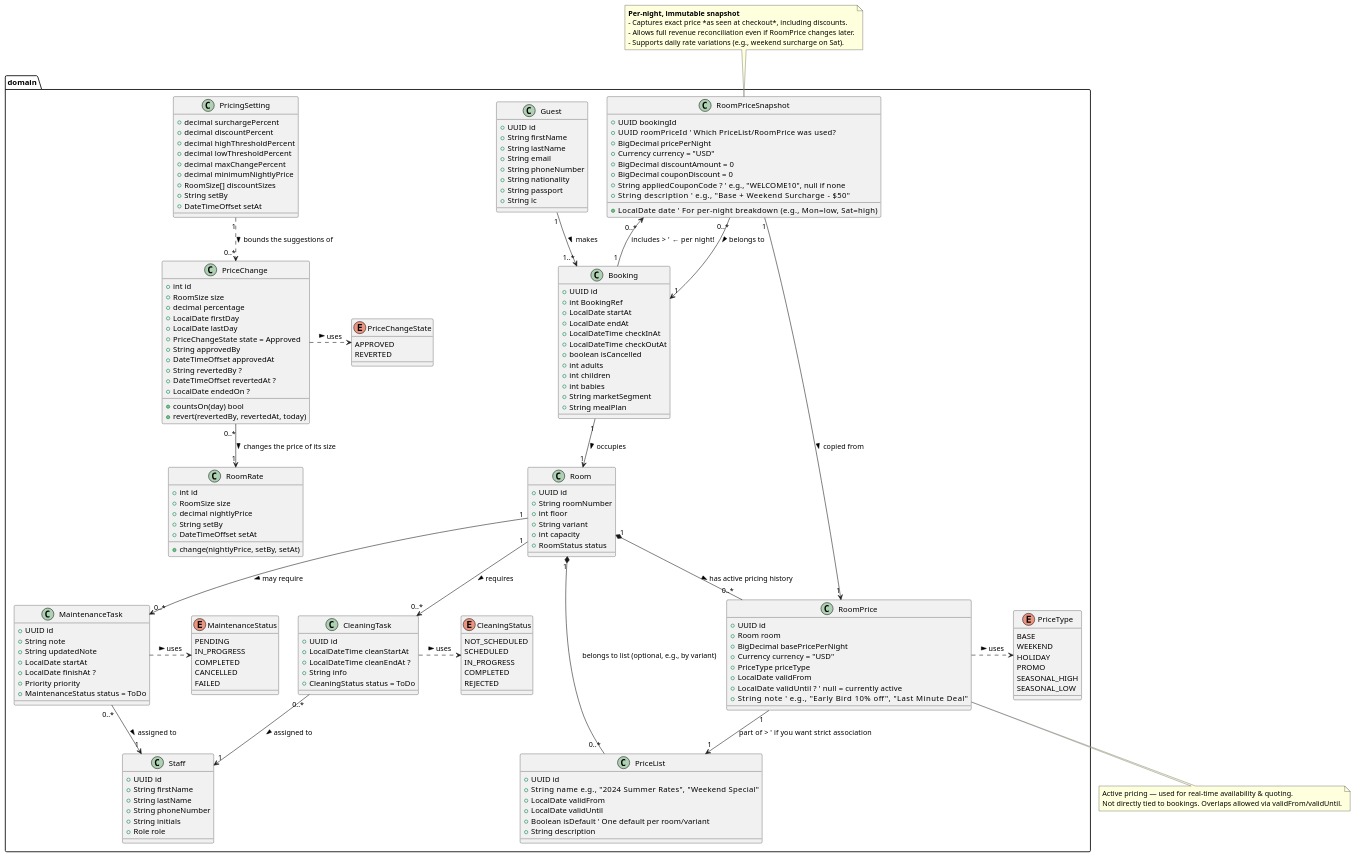
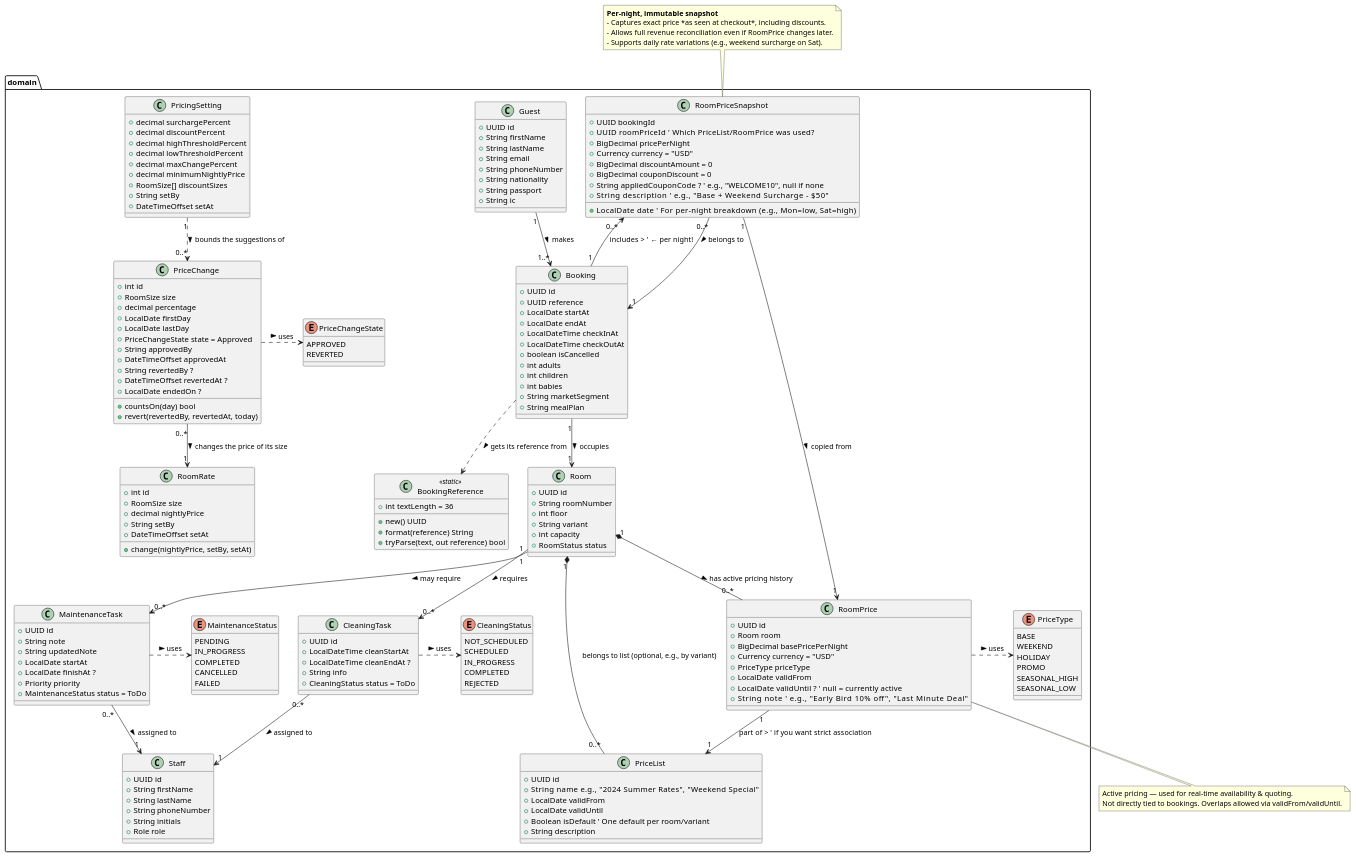
The diagram in docs/dcd.puml (NF-Hotel/NFHotel), drawn with PlantUML before and after one commit. The commit also changed 25 other files, not shown here.

First line of the commit message:
MIL-085 task 5: the documents, the amended ADR-0049 and the reviews

```diff
--- a/docs/dcd.puml
+++ b/docs/dcd.puml
@@ -15,7 +15,7 @@
 
   class Booking {
     +UUID id
-    +int BookingRef
+    +UUID reference
     +LocalDate startAt
     +LocalDate endAt
     +LocalDateTime checkInAt
@@ -165,12 +165,21 @@
     APPROVED
     REVERTED
   }
+
+  ' === Booking reference (MIL-085, ADR-0049) ===
+  class BookingReference <<static>> {
+    +int textLength = 36
+    +new() UUID
+    +format(reference) String
+    +tryParse(text, out reference) bool
+  }
 }
 
 ' === Relationships ===
 Guest "1" --> "1..*" Booking : makes >
 Booking "1" --> "0..*" RoomPriceSnapshot : includes >   ' ← per night!
 Booking "1" --> "1" Room : occupies >
+Booking ..> BookingReference : gets its reference from >
 
 Room "1" *-- "0..*" RoomPrice : has active pricing history >
 Room "1" *-- "0..*" PriceList : belongs to list (optional, e.g., by variant)
```
